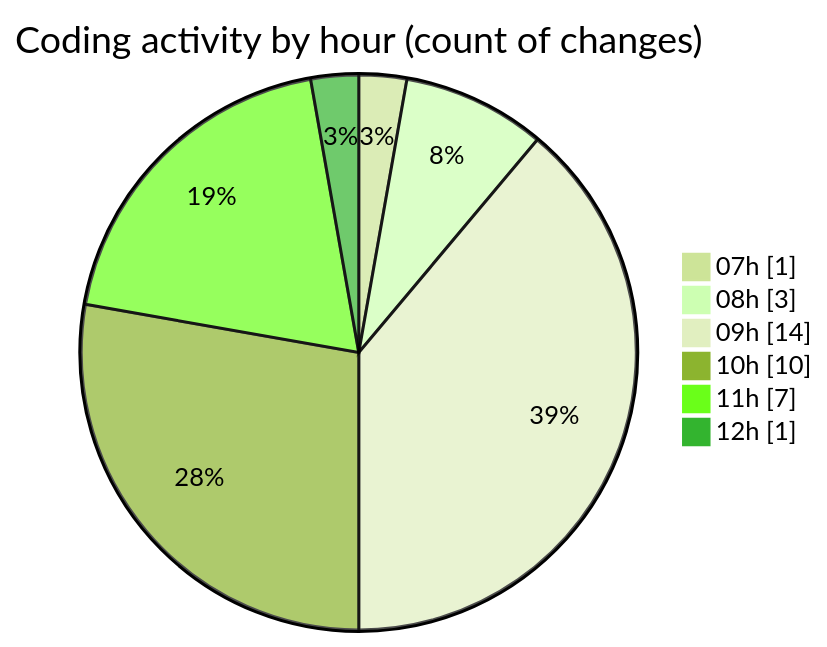
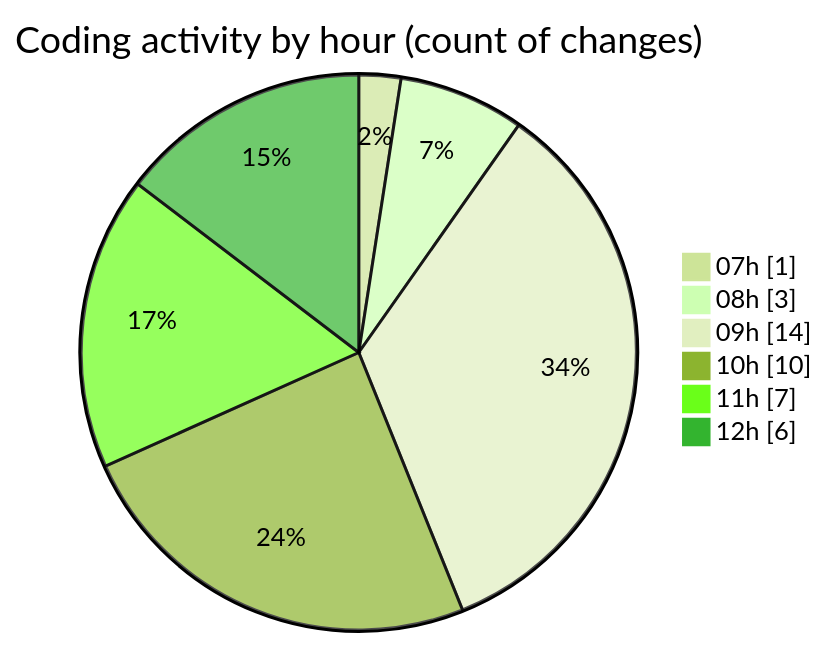
One commit to tmsrecording-cyber/code-tracking changed the second of 2 diagrams in 2026-02-02/singularitybrainai/README.md. Above: the diagram before and after it, drawn with Mermaid (forest theme). The commit also changed other lines of this file and 1 other file, not shown here.

````diff
--- a/2026-02-02/singularitybrainai/README.md
+++ b/2026-02-02/singularitybrainai/README.md
@@ -40,10 +40,10 @@
 ```mermaid
 pie showData
 title Coding activity by hour (count of changes)
 "07h" : 1
 "08h" : 3
 "09h" : 14
 "10h" : 10
 "11h" : 7
-"12h" : 1
+"12h" : 6
 ```
````
